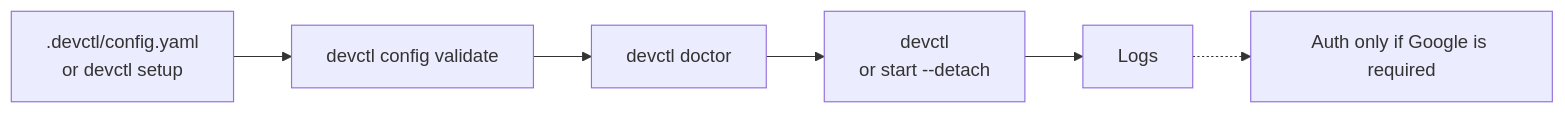
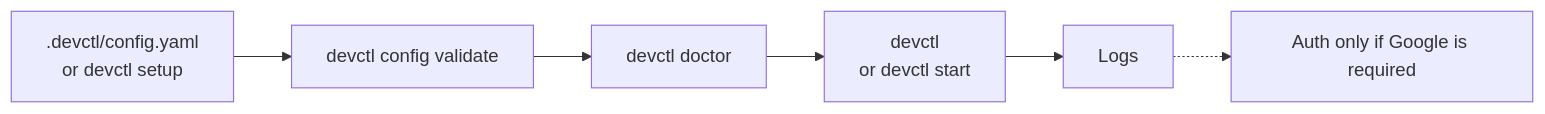
One commit to amr-m-abdelgawad/devctl changed the second of 2 diagrams in docs/overview.md. Above: the diagram before and after it, drawn with Mermaid. The commit also changed other lines of this file and 25 other files, not shown here.

First line of the commit message:
Claude/stabilization roadmap q9v5gx (#6)

````diff
--- a/docs/overview.md
+++ b/docs/overview.md
@@ -65,8 +67,8 @@
 ```mermaid
 flowchart LR
   setup[".devctl/config.yaml<br/>or devctl setup"] --> validate["devctl config validate"]
   validate --> doctor["devctl doctor"]
-  doctor --> run["devctl<br/>or start --detach"]
+  doctor --> run["devctl<br/>or devctl start"]
   run --> logs["Logs"]
   logs -.-> auth["Auth only if Google is required"]
 ```
````
